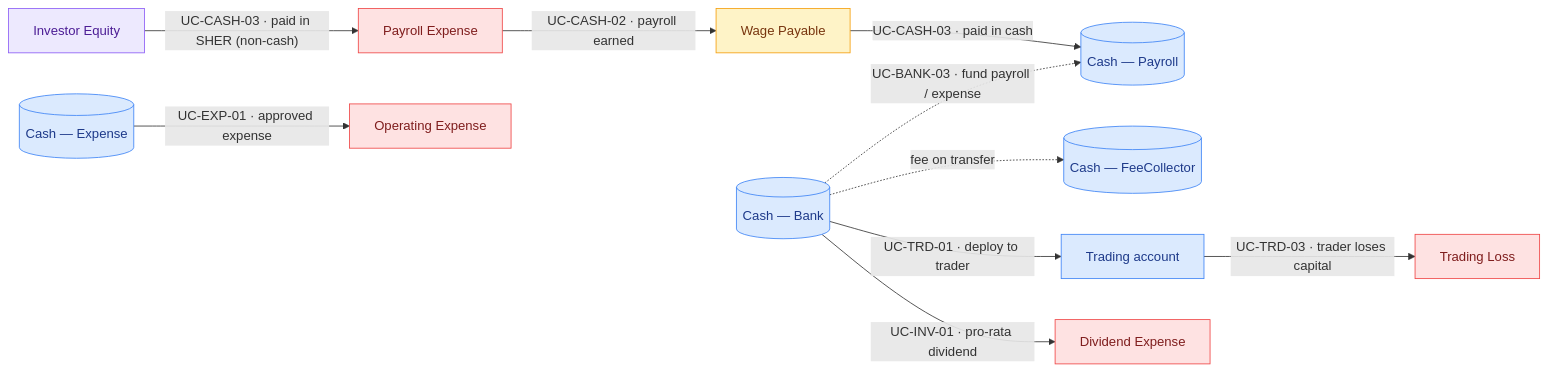
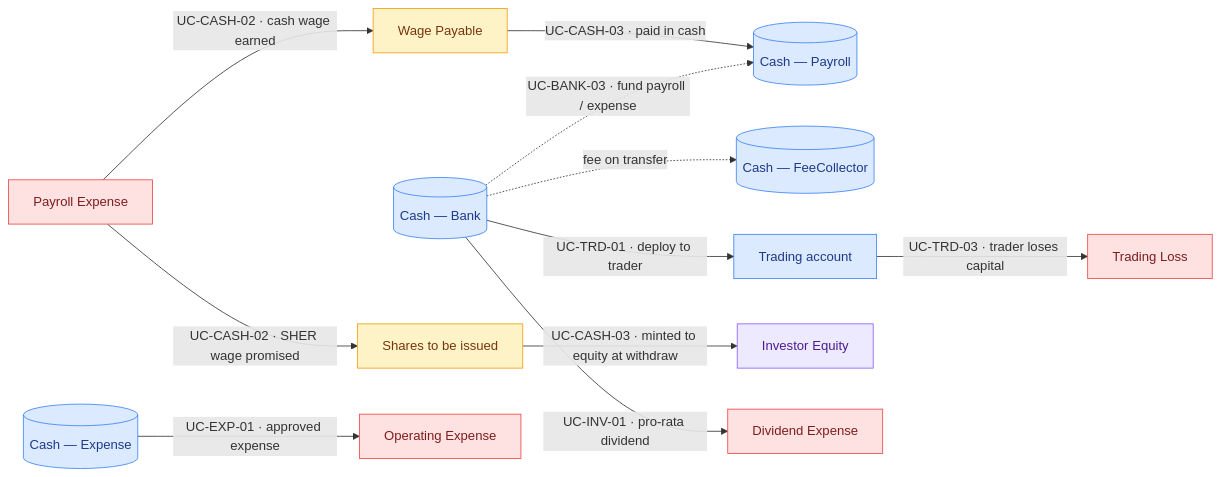
The second of 3 diagrams in docs/features/accounting/money-flow-catalogue.md (globe-and-citizen/cnc-portal), drawn with Mermaid before and after one commit. The commit also changed other lines of this file, not shown here.

First line of the commit message:
docs: 📝 update money-flow catalogue to include 'Shares to be issued' liability

````diff
--- a/docs/features/accounting/money-flow-catalogue.md
+++ b/docs/features/accounting/money-flow-catalogue.md
@@ -173,31 +174,33 @@
 ```mermaid
 flowchart LR
   bank[("Cash — Bank")]:::asset
   payCash[("Cash — Payroll")]:::asset
   expCash[("Cash — Expense")]:::asset
   feeCash[("Cash — FeeCollector")]:::asset
   trading[Trading account]:::asset
   invEq[Investor Equity]:::equity
   wagePay[Wage Payable]:::liability
+  sharesIssue[Shares to be issued]:::liability
 
   payroll[Payroll Expense]:::expense
   opex[Operating Expense]:::expense
   divExp[Dividend Expense]:::expense
   tradeLoss[Trading Loss]:::expense
 
-  payroll -->|"UC-CASH-02 · payroll earned"| wagePay
+  payroll -->|"UC-CASH-02 · cash wage earned"| wagePay
+  payroll -->|"UC-CASH-02 · SHER wage promised"| sharesIssue
   wagePay -->|"UC-CASH-03 · paid in cash"| payCash
-  invEq -->|"UC-CASH-03 · paid in SHER (non-cash)"| payroll
+  sharesIssue -->|"UC-CASH-03 · minted to equity at withdraw"| invEq
   expCash -->|"UC-EXP-01 · approved expense"| opex
   bank -->|"UC-INV-01 · pro-rata dividend"| divExp
   bank -->|"UC-TRD-01 · deploy to trader"| trading
   trading -->|"UC-TRD-03 · trader loses capital"| tradeLoss
 
   bank -.->|"UC-BANK-03 · fund payroll / expense"| payCash
   bank -.->|"fee on transfer"| feeCash
 
   classDef asset fill:#dbeafe,stroke:#3b82f6,color:#1e3a8a;
   classDef equity fill:#ede9fe,stroke:#8b5cf6,color:#4c1d95;
   classDef expense fill:#fee2e2,stroke:#ef4444,color:#7f1d1d;
   classDef liability fill:#fef3c7,stroke:#f59e0b,color:#78350f;
 ```
````
